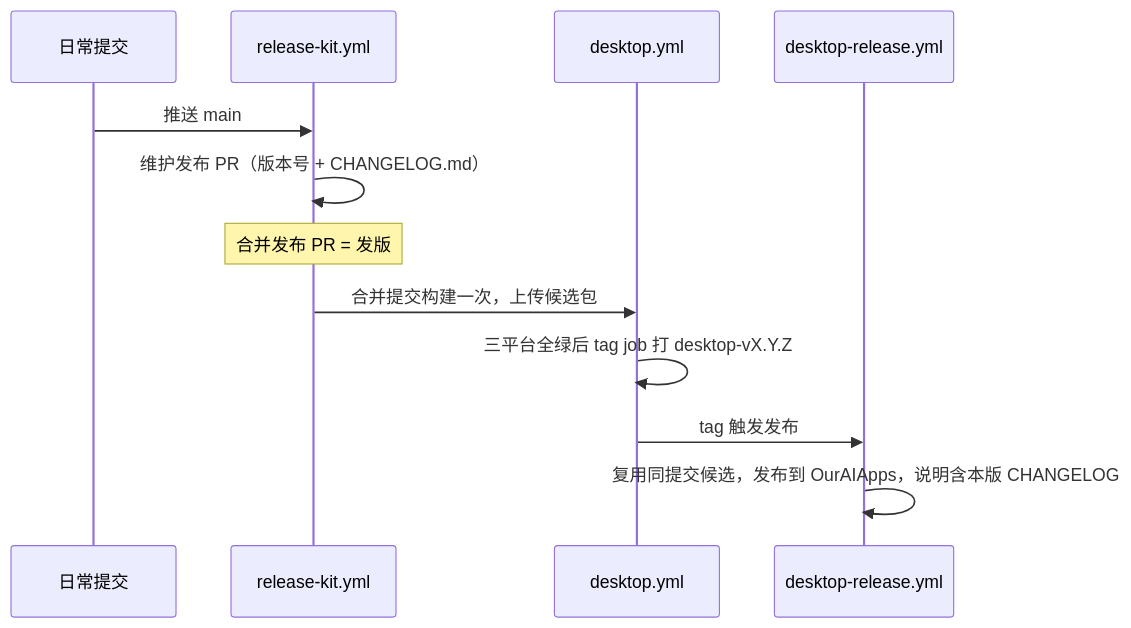
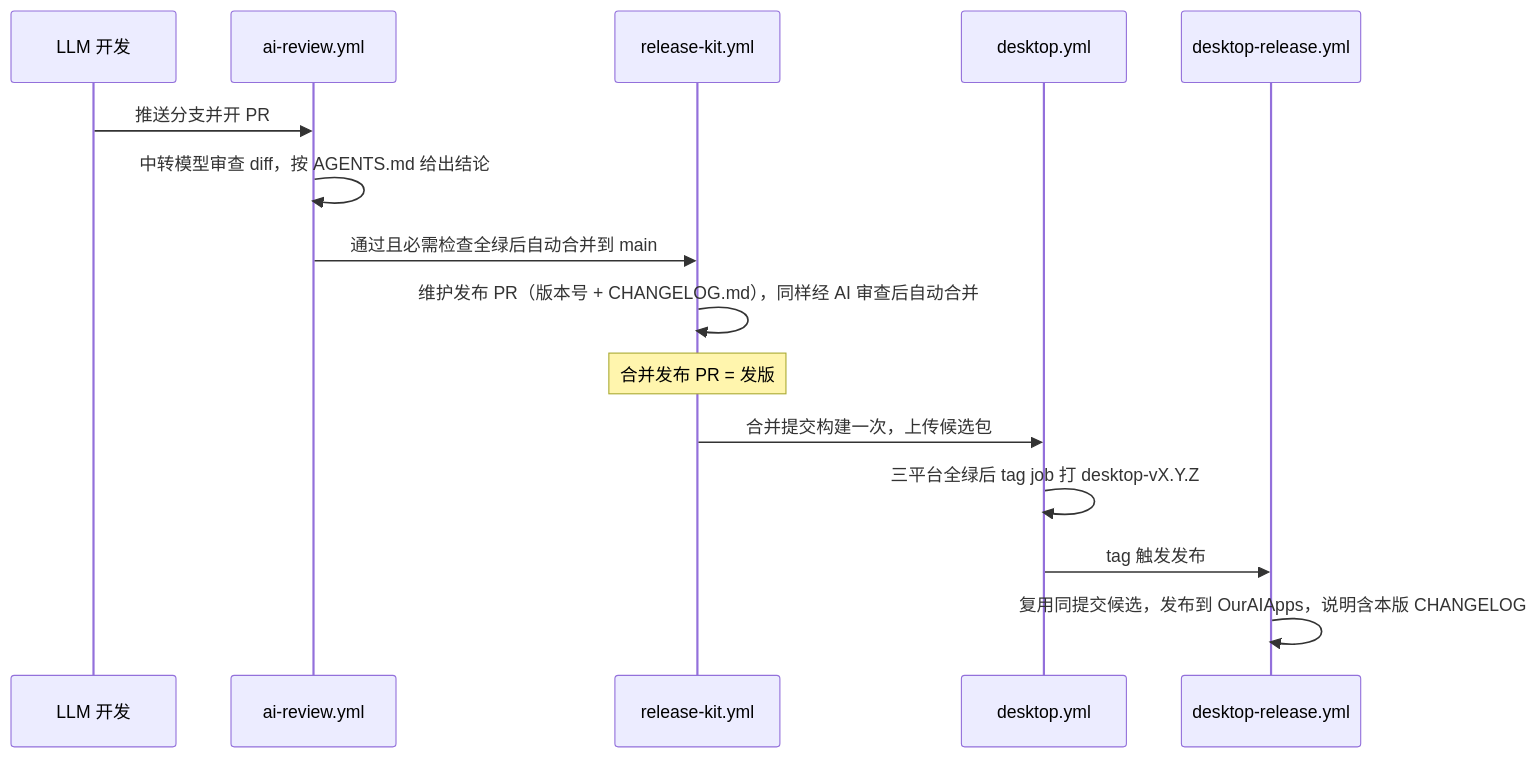
The diagram in docs/42-版本管理与发布流程方案.md (ouraihub/AutoNote), drawn with Mermaid before and after one commit. The commit also changed other lines of this file and 6 other files, not shown here.

````diff
--- a/docs/42-版本管理与发布流程方案.md
+++ b/docs/42-版本管理与发布流程方案.md
@@ -9,14 +9,17 @@
 ```mermaid
 sequenceDiagram
-  participant Dev as 日常提交
+  participant Dev as LLM 开发
+  participant AI as ai-review.yml
   participant RP as release-kit.yml
   participant D as desktop.yml
   participant R as desktop-release.yml
-  Dev->>RP: 推送 main
-  RP->>RP: 维护发布 PR（版本号 + CHANGELOG.md）
+  Dev->>AI: 推送分支并开 PR
+  AI->>AI: 中转模型审查 diff，按 AGENTS.md 给出结论
+  AI->>RP: 通过且必需检查全绿后自动合并到 main
+  RP->>RP: 维护发布 PR（版本号 + CHANGELOG.md），同样经 AI 审查后自动合并
   Note over RP: 合并发布 PR = 发版
   RP->>D: 合并提交构建一次，上传候选包
   D->>D: 三平台全绿后 tag job 打 desktop-vX.Y.Z
   D->>R: tag 触发发布
   R->>R: 复用同提交候选，发布到 OurAIApps，说明含本版 CHANGELOG
 ```
````
